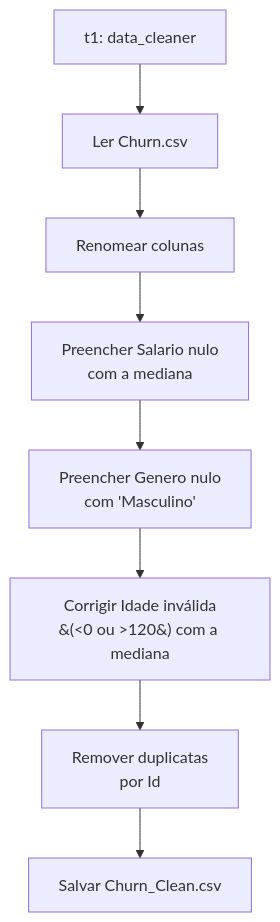
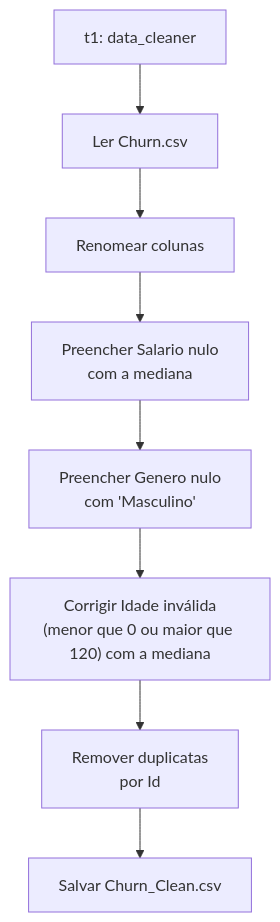
One commit to joycequoos/pythonoperator changed the diagram in README.md. Above: the diagram before and after it, drawn with Mermaid.

````diff
--- a/README.md
+++ b/README.md
@@ -37,10 +37,10 @@
 ```mermaid
 flowchart TD
-    A[t1: data_cleaner] --> B[Ler Churn.csv]
-    B --> C[Renomear colunas]
-    C --> D[Preencher Salario nulo<br/>com a mediana]
-    D --> E[Preencher Genero nulo<br/>com 'Masculino']
-    E --> F[Corrigir Idade inválida<br/>&#40;&lt;0 ou &gt;120&#41; com a mediana]
-    F --> G[Remover duplicatas<br/>por Id]
-    G --> H[Salvar Churn_Clean.csv]
+    A["t1: data_cleaner"] --> B["Ler Churn.csv"]
+    B --> C["Renomear colunas"]
+    C --> D["Preencher Salario nulo<br/>com a mediana"]
+    D --> E["Preencher Genero nulo<br/>com 'Masculino'"]
+    E --> F["Corrigir Idade inválida<br/>(menor que 0 ou maior que 120) com a mediana"]
+    F --> G["Remover duplicatas<br/>por Id"]
+    G --> H["Salvar Churn_Clean.csv"]
 ```
````
